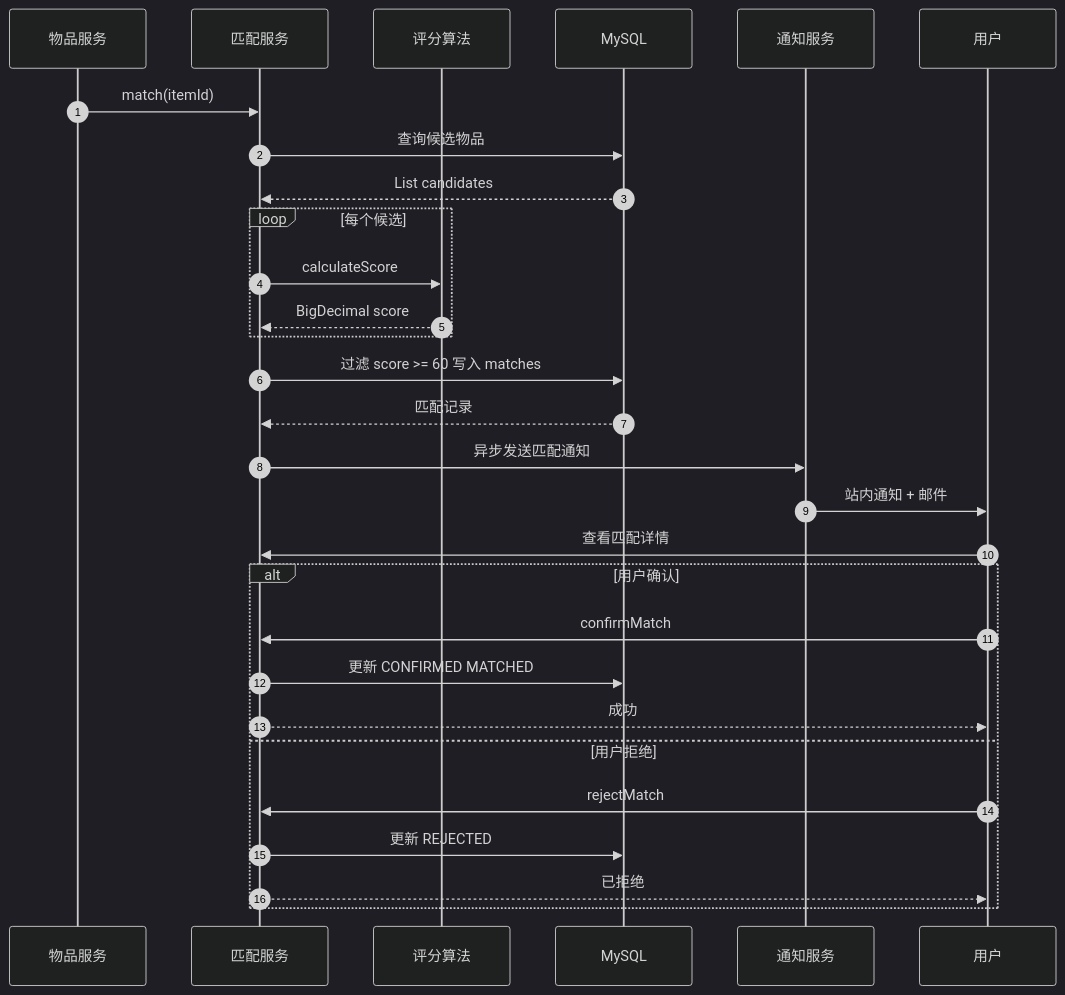
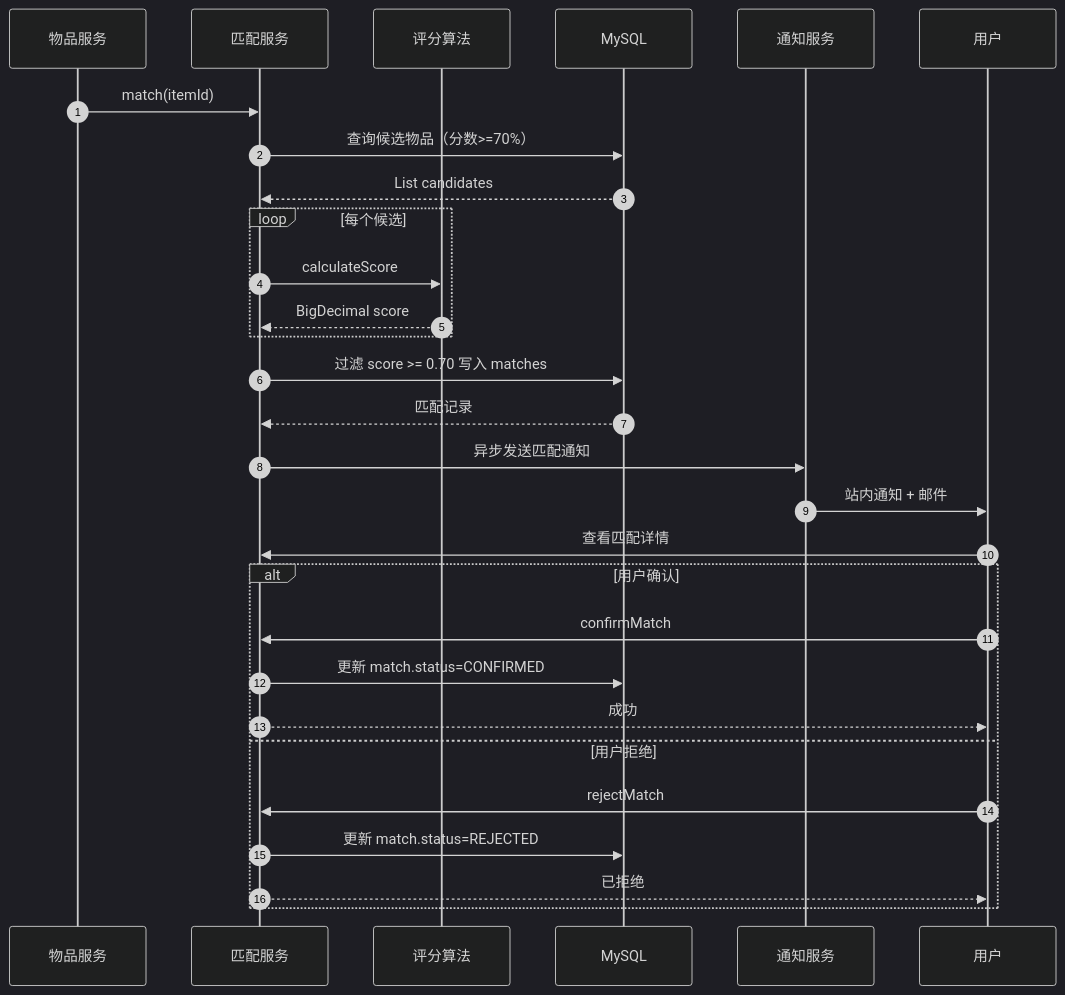
Diagram 12 of 30 in docs/项目图表.md (zwj-3193655211/campus-LostandFound), drawn with Mermaid (dark theme) before and after one commit. The commit also changed other lines of this file, not shown here.

Commit message:
docs: 更新匹配时序图阈值

````diff
--- a/docs/项目图表.md
+++ b/docs/项目图表.md
@@ -648,32 +648,32 @@
 ```mermaid
 sequenceDiagram
     autonumber
     participant Item as 物品服务
     participant Match as 匹配服务
     participant Algo as 评分算法
     participant DB as MySQL
     participant Notif as 通知服务
     participant User as 用户
 
     Item->>Match: match(itemId)
-    Match->>DB: 查询候选物品
+    Match->>DB: 查询候选物品（分数>=70%）
     DB-->>Match: List candidates
     loop 每个候选
         Match->>Algo: calculateScore
         Algo-->>Match: BigDecimal score
     end
-    Match->>DB: 过滤 score >= 60 写入 matches
+    Match->>DB: 过滤 score >= 0.70 写入 matches
     DB-->>Match: 匹配记录
     Match->>Notif: 异步发送匹配通知
     Notif->>User: 站内通知 + 邮件
     User->>Match: 查看匹配详情
     alt 用户确认
         User->>Match: confirmMatch
-        Match->>DB: 更新 CONFIRMED MATCHED
+        Match->>DB: 更新 match.status=CONFIRMED
         Match-->>User: 成功
     else 用户拒绝
         User->>Match: rejectMatch
-        Match->>DB: 更新 REJECTED
+        Match->>DB: 更新 match.status=REJECTED
         Match-->>User: 已拒绝
     end
 ```
````
